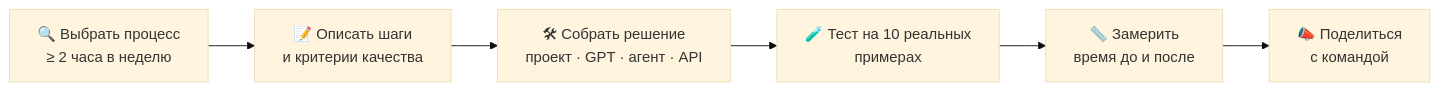
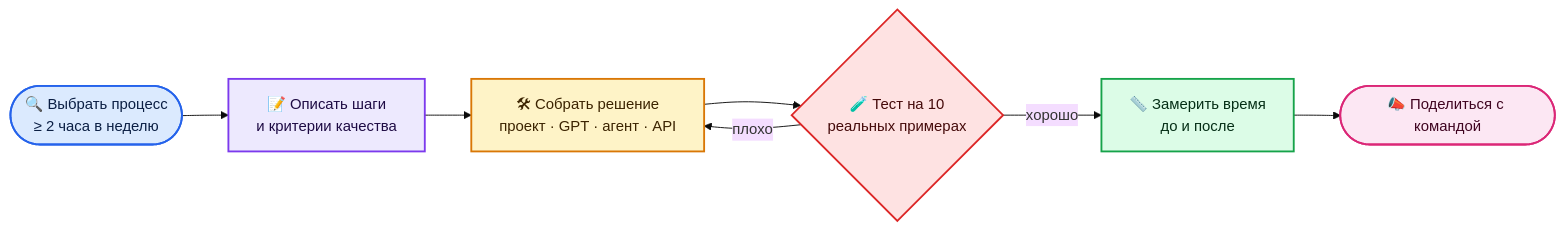
Before and after one commit to justxor/ChatGPT_ru: diagram 13 of 13 in README.md, drawn with Mermaid (base theme). The commit also changed other lines of this file, not shown here.

Commit message:
Схемы: цветовая разметка, группы и подписи; карта «Что полезного в репозитории»

````diff
--- a/README.md
+++ b/README.md
@@ -669,8 +813,15 @@
 ```mermaid
 flowchart LR
-    A["🔍 Выбрать процесс<br/>≥ 2 часа в неделю"] --> B["📝 Описать шаги<br/>и критерии качества"]
-    B --> C["🛠 Собрать решение<br/>проект · GPT · агент · API"]
-    C --> D["🧪 Тест на 10 реальных<br/>примерах"]
-    D --> E["📏 Замерить<br/>время до и после"]
-    E --> F["📣 Поделиться<br/>с командой"]
+    A(["🔍 Выбрать процесс<br/>≥ 2 часа в неделю"]):::user --> B["📝 Описать шаги<br/>и критерии качества"]:::ctx
+    B --> C["🛠 Собрать решение<br/>проект · GPT · агент · API"]:::model
+    C --> D{"🧪 Тест на 10<br/>реальных примерах"}:::warn
+    D -- "плохо" --> C
+    D -- "хорошо" --> E["📏 Замерить время<br/>до и после"]:::tool
+    E --> F(["📣 Поделиться с командой"]):::out
+    classDef user fill:#dbeafe,stroke:#2563eb,stroke-width:2px,color:#0b1f44
+    classDef ctx fill:#ede9fe,stroke:#7c3aed,stroke-width:2px,color:#1e0b44
+    classDef model fill:#fef3c7,stroke:#d97706,stroke-width:2px,color:#3b2300
+    classDef tool fill:#dcfce7,stroke:#16a34a,stroke-width:2px,color:#052e16
+    classDef out fill:#fce7f3,stroke:#db2777,stroke-width:2px,color:#3f0420
+    classDef warn fill:#fee2e2,stroke:#dc2626,stroke-width:2px,color:#450a0a
 ```
````
